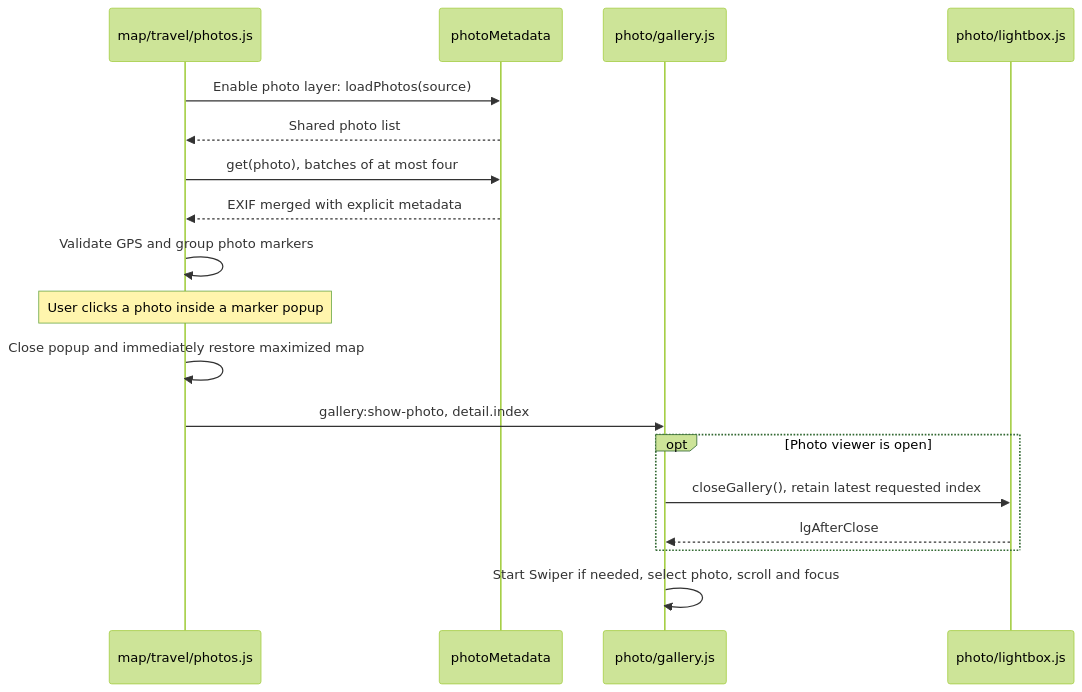
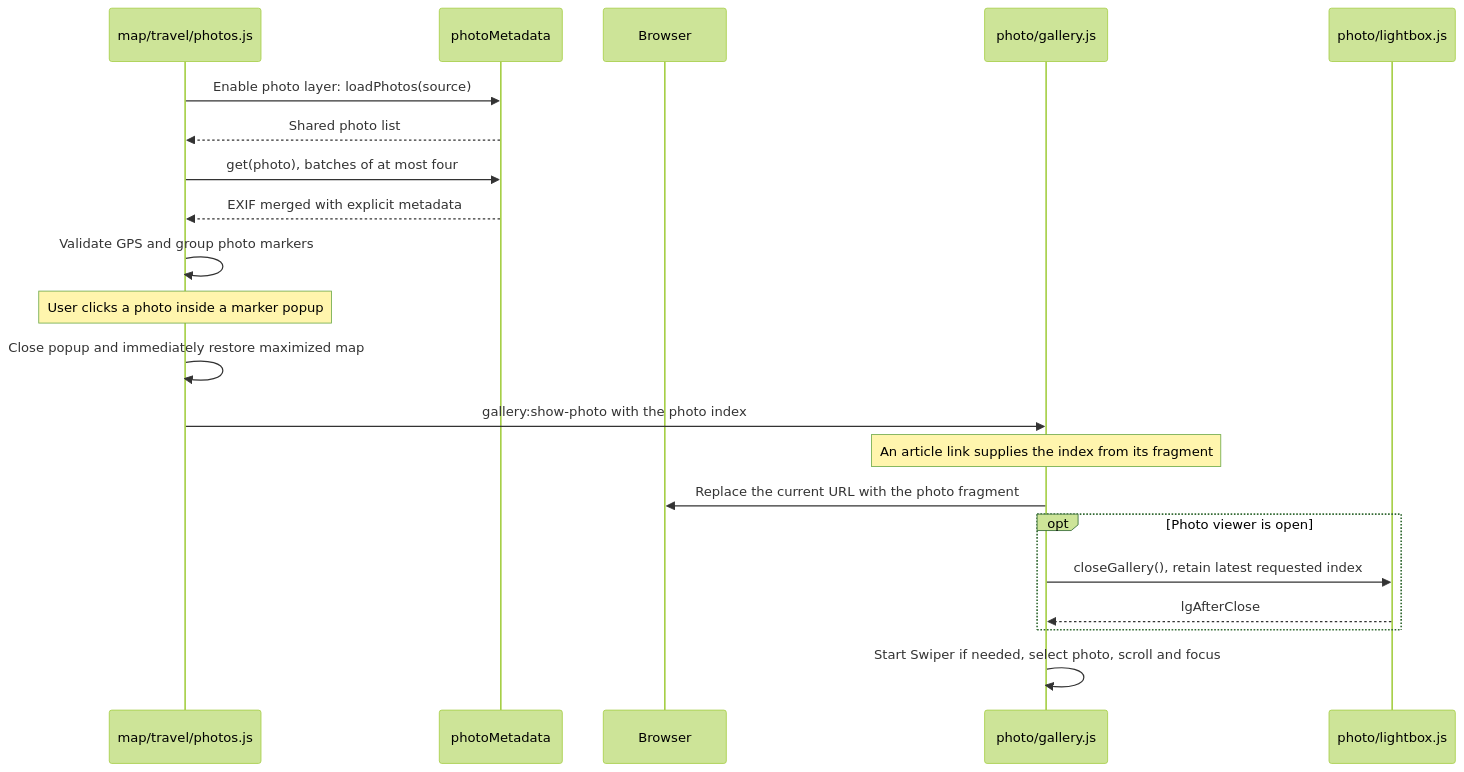
One commit to ppaul12/blog changed the second of 4 diagrams in docs/photo-and-map.md. Above: the diagram before and after it, drawn with Mermaid (forest theme). The commit also changed other lines of this file and 4 other files, not shown here.

````diff
--- a/docs/photo-and-map.md
+++ b/docs/photo-and-map.md
@@ -194,20 +196,23 @@
 ```mermaid
 sequenceDiagram
     participant Map as map/travel/photos.js
     participant Meta as photoMetadata
+    participant Browser
     participant Gallery as photo/gallery.js
     participant Viewer as photo/lightbox.js
     Map->>Meta: Enable photo layer: loadPhotos(source)
     Meta-->>Map: Shared photo list
     Map->>Meta: get(photo), batches of at most four
     Meta-->>Map: EXIF merged with explicit metadata
     Map->>Map: Validate GPS and group photo markers
     Note over Map: User clicks a photo inside a marker popup
     Map->>Map: Close popup and immediately restore maximized map
-    Map->>Gallery: gallery:show-photo, detail.index
+    Map->>Gallery: gallery:show-photo with the photo index
+    Note over Gallery: An article link supplies the index from its fragment
+    Gallery->>Browser: Replace the current URL with the photo fragment
     opt Photo viewer is open
         Gallery->>Viewer: closeGallery(), retain latest requested index
         Viewer-->>Gallery: lgAfterClose
     end
     Gallery->>Gallery: Start Swiper if needed, select photo, scroll and focus
 ```
````
